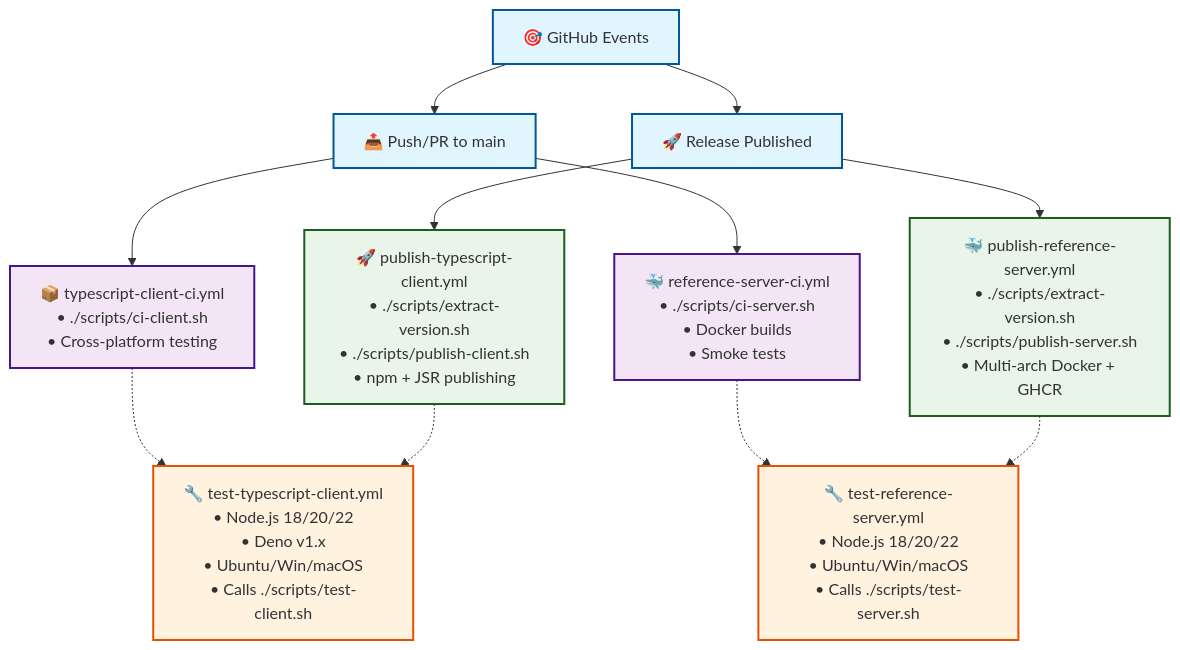
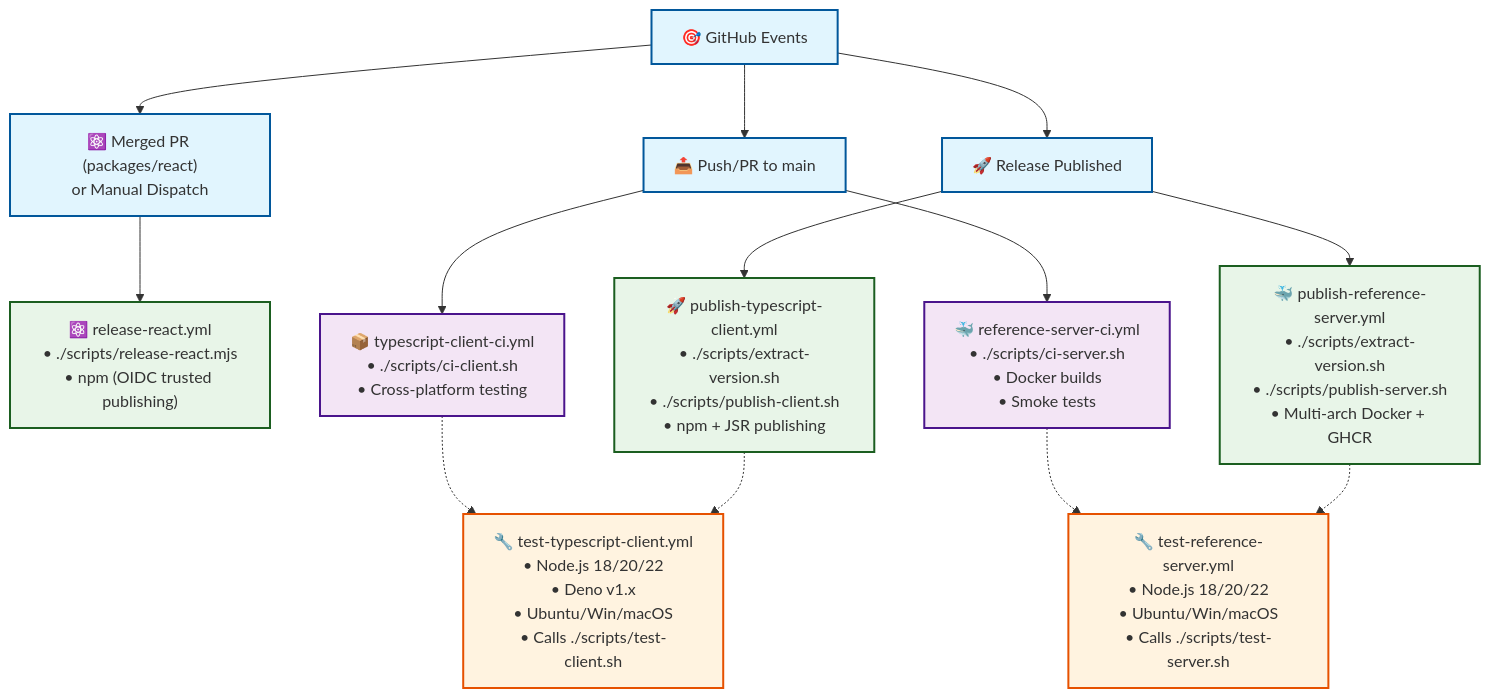
Before and after one commit to mieweb/ozwellai-api: the first of 2 diagrams in .github/ARCHITECTURE.md, drawn with Mermaid. The commit also changed other lines of this file and 2 other files, not shown here.

Commit message:
ci(react): address review — queue releases, BREAKING-CHANGE footer, docs

````diff
--- a/.github/ARCHITECTURE.md
+++ b/.github/ARCHITECTURE.md
@@ -5,44 +5,49 @@
 ```mermaid
 graph TB
     Events["🎯 GitHub Events"]
     PushPR["📤 Push/PR to main"]
     Release["🚀 Release Published"]
+    ReactTrigger["⚛️ Merged PR (packages/react)<br/>or Manual Dispatch"]
     
     Events --> PushPR
     Events --> Release
+    Events --> ReactTrigger
+    
+    ReactPub["⚛️ release-react.yml<br/>• ./scripts/release-react.mjs<br/>• npm (OIDC trusted publishing)"]
+    ReactTrigger --> ReactPub
     
     %% CI Workflows (triggered by Push/PR)
     TSClientCI["📦 typescript-client-ci.yml<br/>• ./scripts/ci-client.sh<br/>• Cross-platform testing"]
     RefServerCI["🐳 reference-server-ci.yml<br/>• ./scripts/ci-server.sh<br/>• Docker builds<br/>• Smoke tests"]
     
     PushPR --> TSClientCI
     PushPR --> RefServerCI
     
     %% Publish Workflows (triggered by Release)
     TSClientPub["🚀 publish-typescript-client.yml<br/>• ./scripts/extract-version.sh<br/>• ./scripts/publish-client.sh<br/>• npm + JSR publishing"]
     RefServerPub["🐳 publish-reference-server.yml<br/>• ./scripts/extract-version.sh<br/>• ./scripts/publish-server.sh<br/>• Multi-arch Docker + GHCR"]
     
     Release --> TSClientPub
     Release --> RefServerPub
     
     %% Reusable Test Workflows
     TSClientTest["🔧 test-typescript-client.yml<br/>• Node.js 18/20/22<br/>• Deno v1.x<br/>• Ubuntu/Win/macOS<br/>• Calls ./scripts/test-client.sh"]
     RefServerTest["🔧 test-reference-server.yml<br/>• Node.js 18/20/22<br/>• Ubuntu/Win/macOS<br/>• Calls ./scripts/test-server.sh"]
     
     %% Reusable workflow usage
     TSClientCI -.-> TSClientTest
     TSClientPub -.-> TSClientTest
     RefServerCI -.-> RefServerTest
     RefServerPub -.-> RefServerTest
     
     %% Styling
     classDef eventNode fill:#e1f5fe,stroke:#01579b,stroke-width:2px
     classDef ciNode fill:#f3e5f5,stroke:#4a148c,stroke-width:2px
     classDef publishNode fill:#e8f5e8,stroke:#1b5e20,stroke-width:2px
     classDef reusableNode fill:#fff3e0,stroke:#e65100,stroke-width:2px
     
-    class Events,PushPR,Release eventNode
+    class Events,PushPR,Release,ReactTrigger eventNode
     class TSClientCI,RefServerCI ciNode
-    class TSClientPub,RefServerPub publishNode
+    class TSClientPub,RefServerPub,ReactPub publishNode
     class TSClientTest,RefServerTest reusableNode
 ```
````
